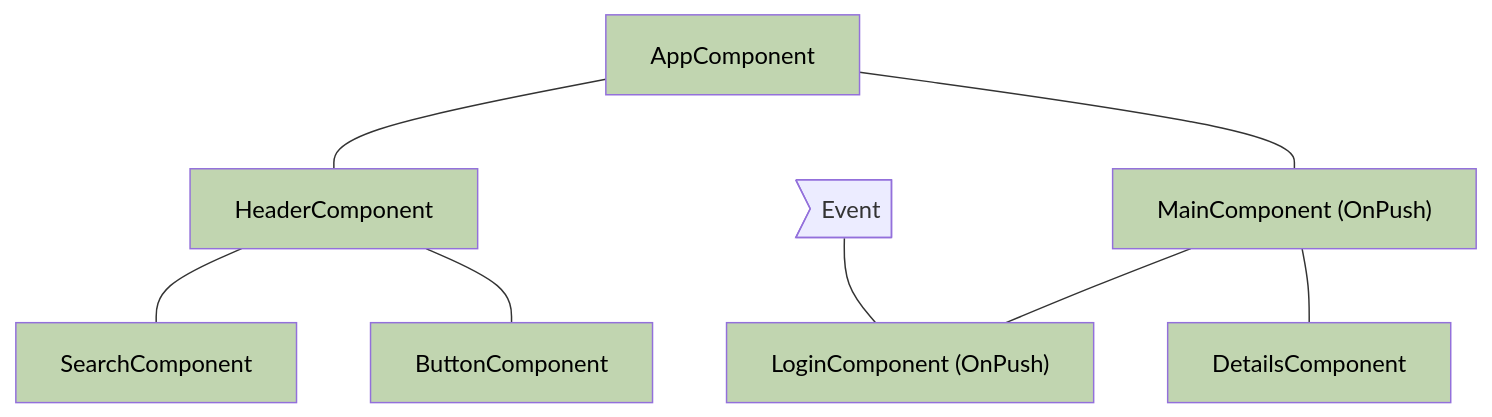
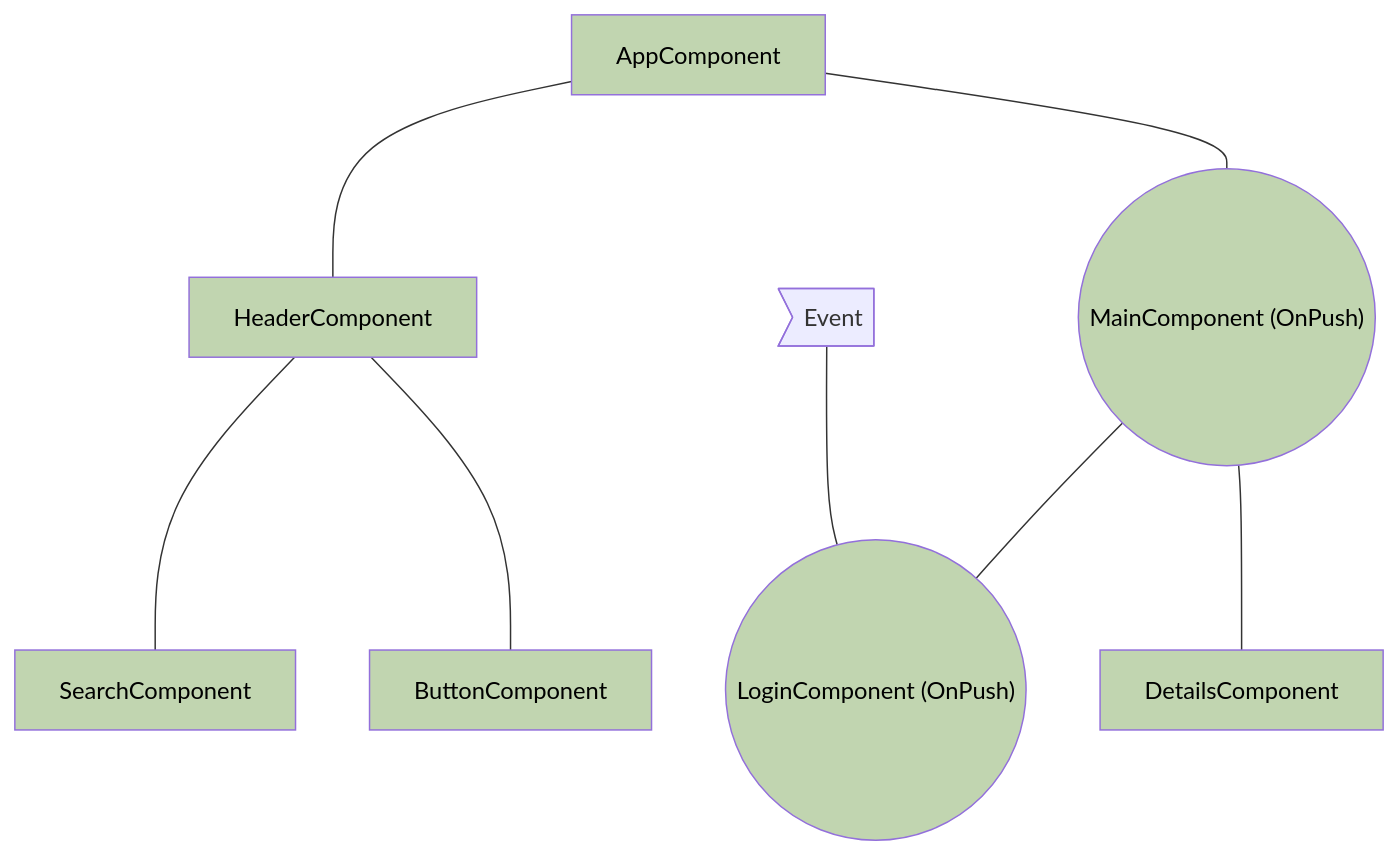
Before and after one commit to angular/angular: the third of 4 diagrams in adev/src/content/best-practices/runtime-performance/skipping-subtrees.md, drawn with Mermaid. The commit also changed other lines of this file, not shown here.

````diff
--- a/adev/src/content/best-practices/runtime-performance/skipping-subtrees.md
+++ b/adev/src/content/best-practices/runtime-performance/skipping-subtrees.md
@@ -88,18 +88,18 @@
 ```mermaid
 graph TD;
     app[AppComponent] --- header[HeaderComponent];
-    app --- main["MainComponent (OnPush)"];
+    app --- main(("MainComponent (OnPush)"));
     header --- search[SearchComponent];
     header --- button[ButtonComponent];
-    main --- login["LoginComponent (OnPush)"];
+    main --- login(("LoginComponent (OnPush)"));
     main --- details[DetailsComponent];
     event>Event] --- login
 
-style app fill:#C1D5B0,color:#000
-style header fill:#C1D5B0,color:#000
-style button fill:#C1D5B0,color:#000
-style search fill:#C1D5B0,color:#000
-style login fill:#C1D5B0,color:#000
-style main fill:#C1D5B0,color:#000
-style details fill:#C1D5B0,color:#000
+    style app fill:#C1D5B0,color:#000
+    style header fill:#C1D5B0,color:#000
+    style button fill:#C1D5B0,color:#000
+    style search fill:#C1D5B0,color:#000
+    style login fill:#C1D5B0,color:#000
+    style main fill:#C1D5B0,color:#000
+    style details fill:#C1D5B0,color:#000
 ```
````
